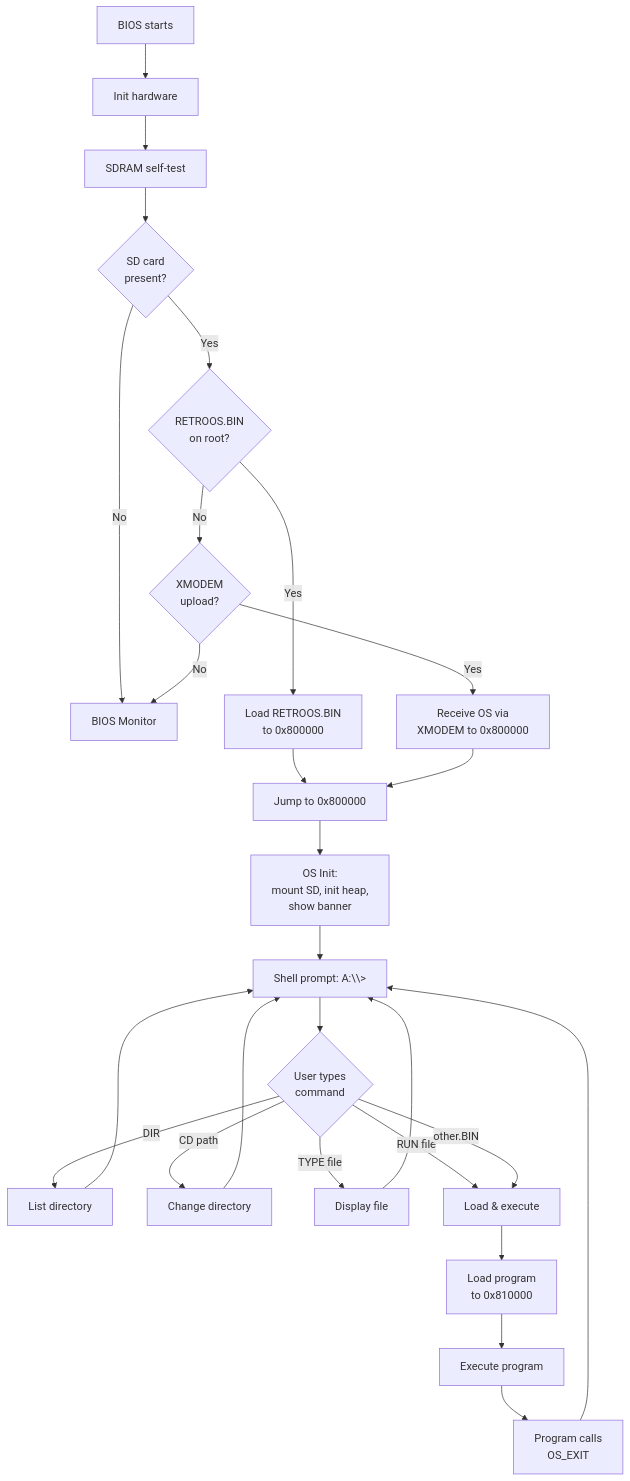
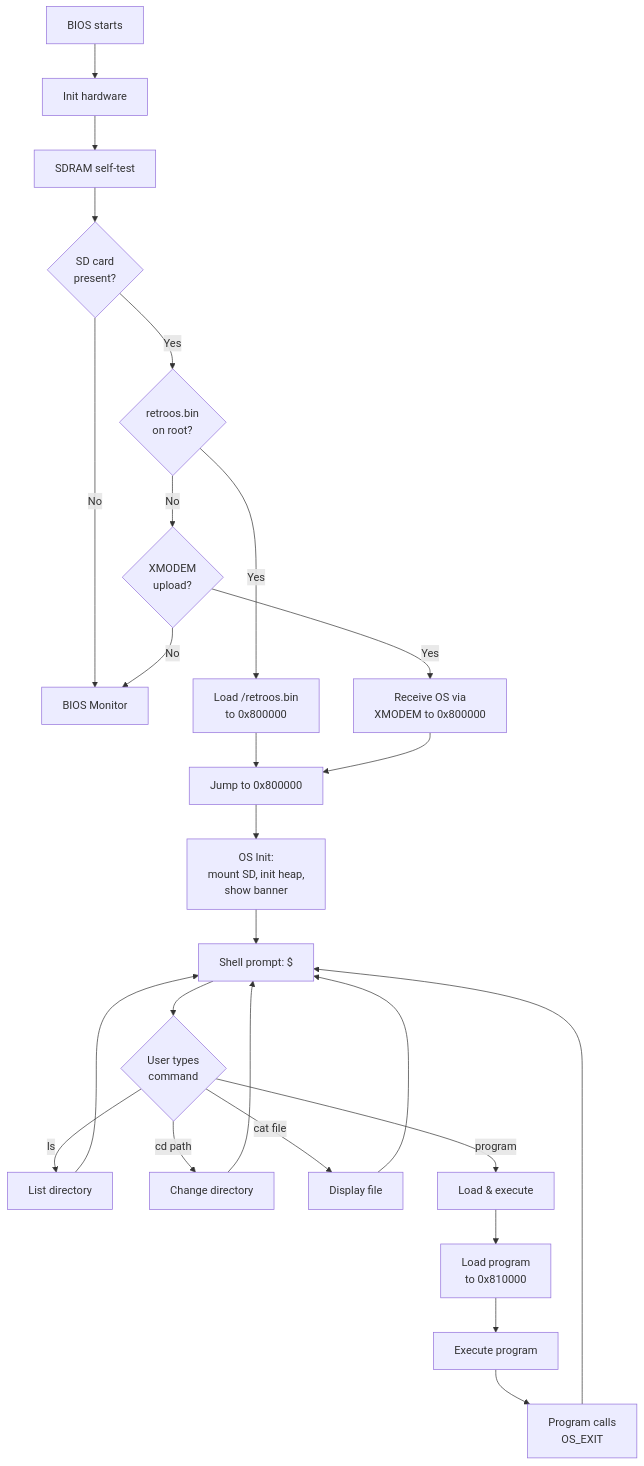
The third of 6 diagrams in docs/os-spec.md (benpayne/learn-fpga), drawn with Mermaid before and after one commit. The commit also changed other lines of this file, not shown here.

Commit message:
Update OS spec: Unix/bash-style shell, single root /, minimal ROM, HW-agnostic OS

````diff
--- a/docs/os-spec.md
+++ b/docs/os-spec.md
@@ -88,27 +88,26 @@
 ```mermaid
 flowchart TD
     A["BIOS starts"] --> B["Init hardware"]
     B --> C["SDRAM self-test"]
     C --> D{"SD card<br/>present?"}
-    D -->|Yes| E{"RETROOS.BIN<br/>on root?"}
+    D -->|Yes| E{"retroos.bin<br/>on root?"}
     D -->|No| H["BIOS Monitor"]
-    E -->|Yes| F["Load RETROOS.BIN<br/>to 0x800000"]
+    E -->|Yes| F["Load /retroos.bin<br/>to 0x800000"]
     E -->|No| G{"XMODEM<br/>upload?"}
     F --> I["Jump to 0x800000"]
     G -->|Yes| F2["Receive OS via<br/>XMODEM to 0x800000"]
     G -->|No| H
     F2 --> I
     I --> J["OS Init:<br/>mount SD, init heap,<br/>show banner"]
-    J --> K["Shell prompt: A:\\>"]
+    J --> K["Shell prompt: $"]
     K --> L{"User types<br/>command"}
-    L -->|"DIR"| M["List directory"]
-    L -->|"CD path"| N["Change directory"]
-    L -->|"TYPE file"| O["Display file"]
-    L -->|"RUN file"| P["Load & execute"]
-    L -->|"other.BIN"| P
+    L -->|"ls"| M["List directory"]
+    L -->|"cd path"| N["Change directory"]
+    L -->|"cat file"| O["Display file"]
+    L -->|"program"| P["Load & execute"]
     M & N & O --> K
     P --> Q["Load program<br/>to 0x810000"]
     Q --> R["Execute program"]
     R --> S["Program calls<br/>OS_EXIT"]
     S --> K
 ```
````
